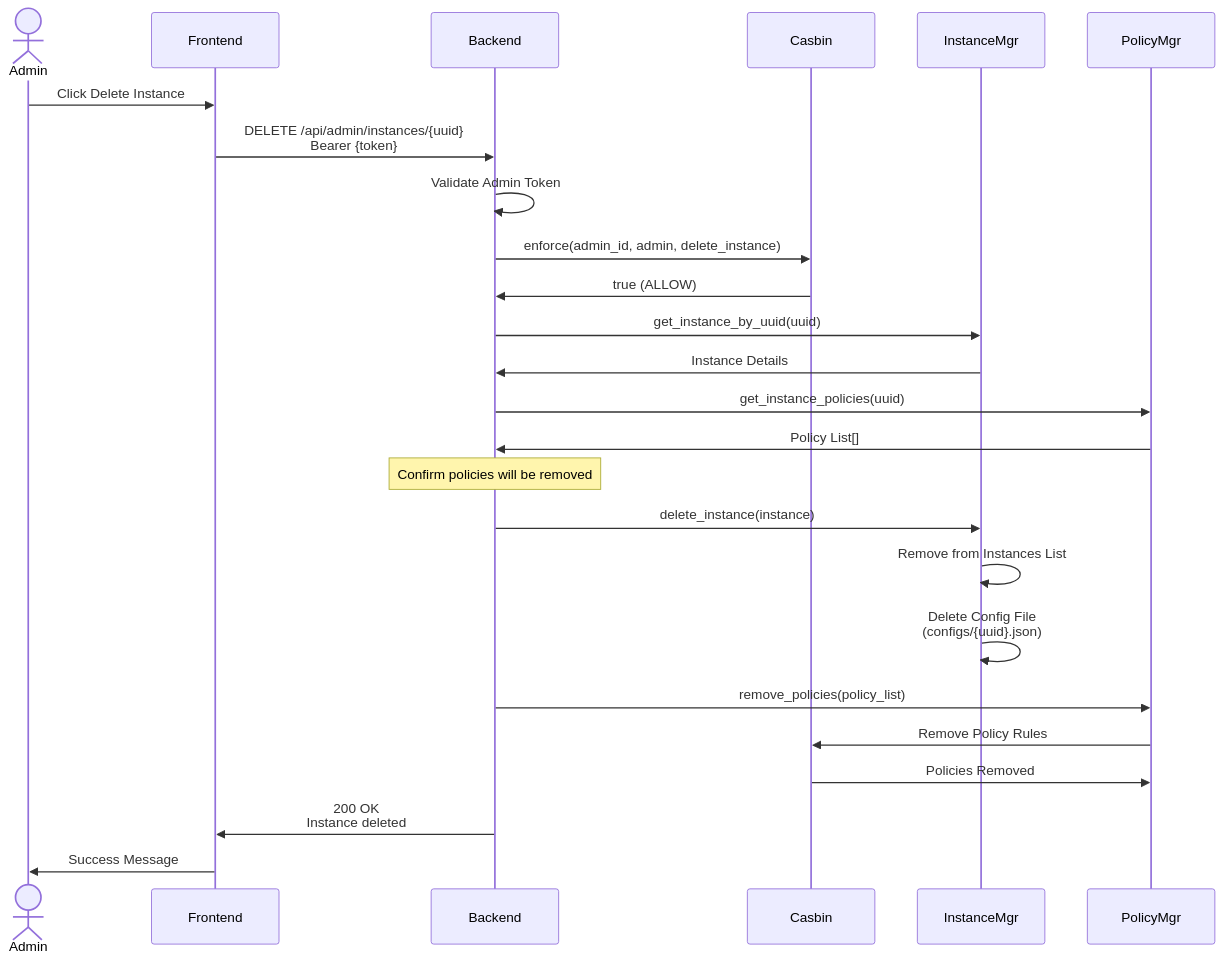
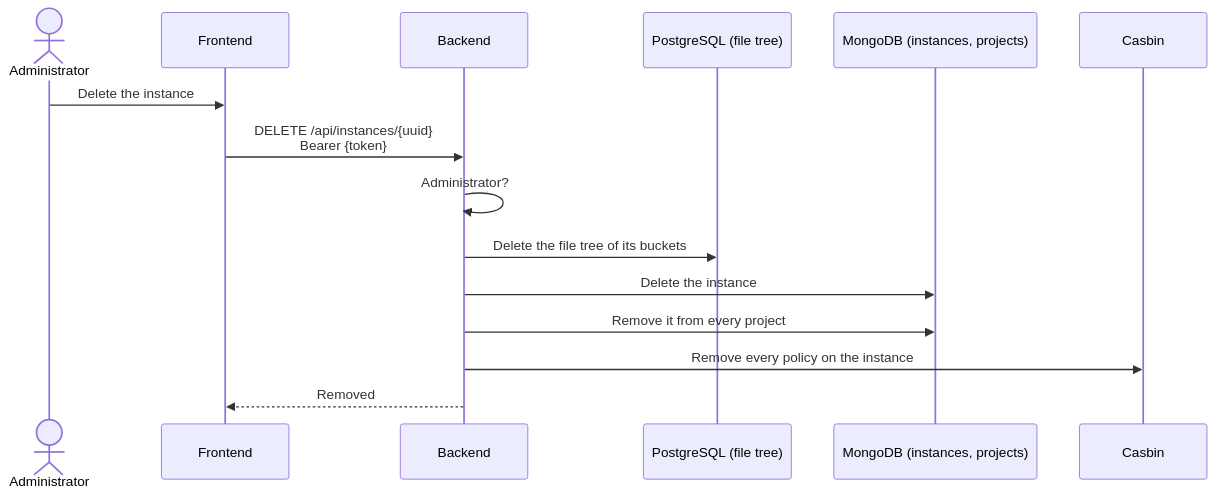
Before and after one commit to pmahon3/Data-Portal: the sixth of 6 diagrams in docs/diagrams/sequence-storage-access.md, drawn with Mermaid. The commit also changed other lines of this file, not shown here.

First line of the commit message:
docs(diagrams): add the folder upload sequence and bring storage diagrams up to date

````diff
--- a/docs/diagrams/sequence-storage-access.md
+++ b/docs/diagrams/sequence-storage-access.md
@@ -220,35 +184,18 @@
 ```mermaid
 sequenceDiagram
-    actor Admin
+    actor Admin as Administrator
     participant Frontend
     participant Backend
+    participant Postgres as PostgreSQL (file tree)
+    participant Mongo as MongoDB (instances, projects)
     participant Casbin
-    participant InstanceMgr
-    participant PolicyMgr
 
-    Admin->>Frontend: Click Delete Instance
-    Frontend->>Backend: DELETE /api/admin/instances/{uuid}<br/>Bearer {token}
-
-    Backend->>Backend: Validate Admin Token
-    Backend->>Casbin: enforce(admin_id, admin, delete_instance)
-    Casbin->>Backend: true (ALLOW)
-
-    Backend->>InstanceMgr: get_instance_by_uuid(uuid)
-    InstanceMgr->>Backend: Instance Details
-
-    Backend->>PolicyMgr: get_instance_policies(uuid)
-    PolicyMgr->>Backend: Policy List[]
-
-    Note over Backend: Confirm policies will be removed
-
-    Backend->>InstanceMgr: delete_instance(instance)
-    InstanceMgr->>InstanceMgr: Remove from Instances List
-    InstanceMgr->>InstanceMgr: Delete Config File<br/>(configs/{uuid}.json)
-
-    Backend->>PolicyMgr: remove_policies(policy_list)
-    PolicyMgr->>Casbin: Remove Policy Rules
-    Casbin->>PolicyMgr: Policies Removed
-
-    Backend->>Frontend: 200 OK<br/>Instance deleted
-    Frontend->>Admin: Success Message
+    Admin->>Frontend: Delete the instance
+    Frontend->>Backend: DELETE /api/instances/{uuid}<br/>Bearer {token}
+    Backend->>Backend: Administrator?
+    Backend->>Postgres: Delete the file tree of its buckets
+    Backend->>Mongo: Delete the instance
+    Backend->>Mongo: Remove it from every project
+    Backend->>Casbin: Remove every policy on the instance
+    Backend-->>Frontend: Removed
 ```
````
